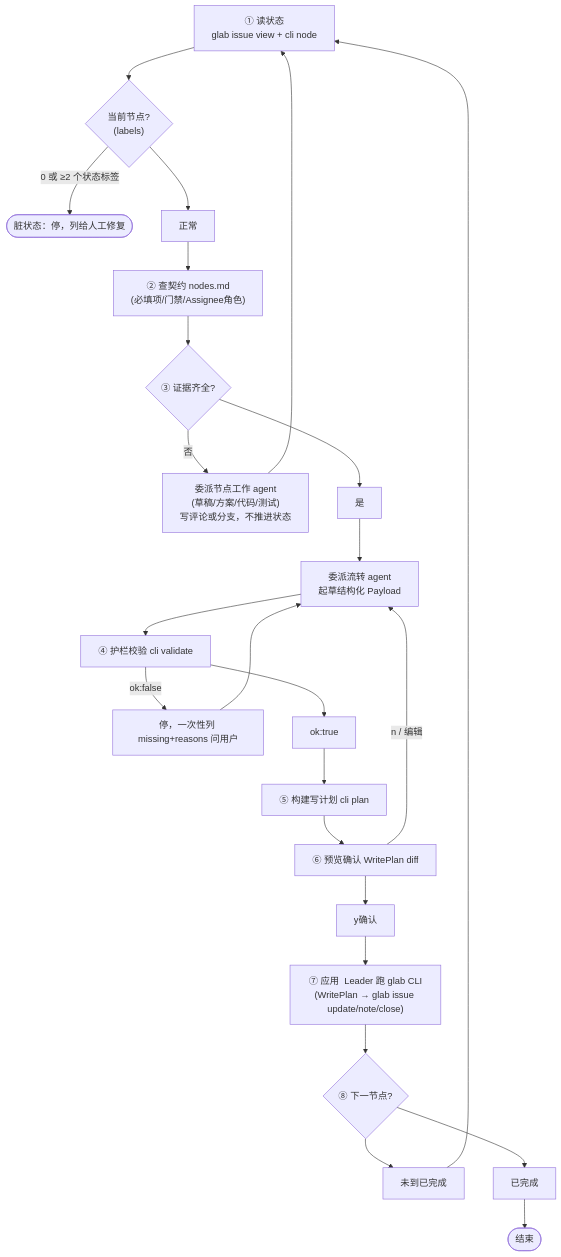
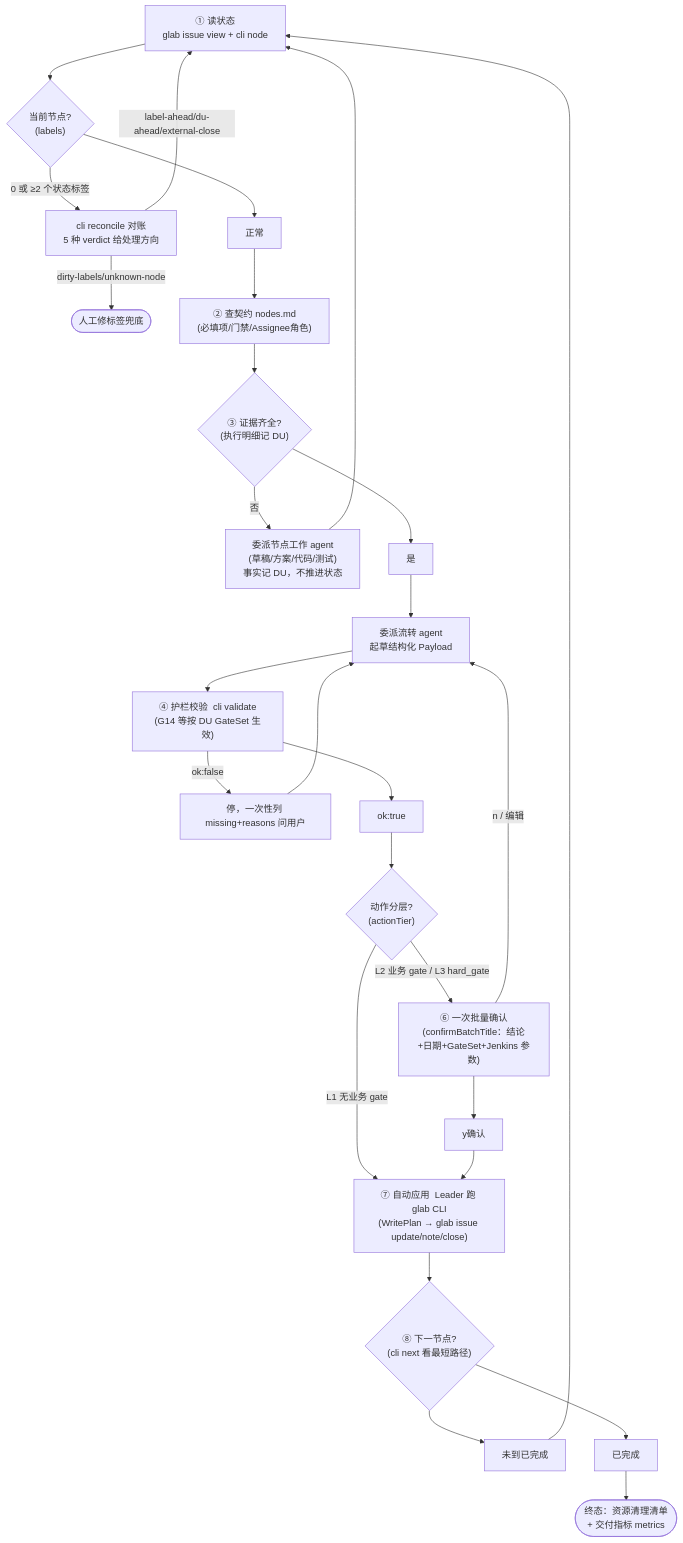
The second of 3 diagrams in docs/flow.md (jinx911/glab-flow), drawn with Mermaid before and after one commit. The commit also changed other lines of this file and 7 other files, not shown here.

Commit message:
docs: glab-flow 文档对齐 DU 核心模型（动作分层/GateSet/对账/清理/指标）

````diff
--- a/docs/flow.md
+++ b/docs/flow.md
@@ -53,20 +54,23 @@
 ```mermaid
 flowchart TD
     A["① 读状态<br/>glab issue view + cli node"] --> B{"当前节点?<br/>(labels)"}
-    B -->|"0 或 ≥2 个状态标签"| DIRTY(["脏状态：停，列给人工修复"])
+    B -->|"0 或 ≥2 个状态标签"| REC["cli reconcile 对账<br/>5 种 verdict 给处理方向"]
+    REC -->|"dirty-labels/unknown-node"| DIRTY(["人工修标签兜底"])
+    REC -->|"label-ahead/du-ahead/external-close"| A
     B --> 正常 --> C["② 查契约 nodes.md<br/>(必填项/门禁/Assignee角色)"]
-    C --> D{"③ 证据齐全?"}
-    D -->|"否"| WORK["委派节点工作 agent<br/>(草稿/方案/代码/测试)<br/>写评论或分支，不推进状态"]
+    C --> D{"③ 证据齐全?<br/>(执行明细记 DU)"}
+    D -->|"否"| WORK["委派节点工作 agent<br/>(草稿/方案/代码/测试)<br/>事实记 DU，不推进状态"]
     WORK --> A
     D --> 是 --> PAYLOAD["委派流转 agent<br/>起草结构化 Payload"]
-    PAYLOAD --> VAL["④ 护栏校验  cli validate"]
+    PAYLOAD --> VAL["④ 护栏校验  cli validate<br/>(G14 等按 DU GateSet 生效)"]
     VAL -->|"ok:false"| ASK["停，一次性列 missing+reasons 问用户"]
     ASK --> PAYLOAD
-    VAL --> ok:true --> PLAN["⑤ 构建写计划  cli plan"]
-    PLAN --> PREV["⑥ 预览确认  WritePlan diff"]
+    VAL --> ok:true --> TIER{"动作分层?<br/>(actionTier)"}
+    TIER -->|"L1 无业务 gate"| APP["⑦ 自动应用  Leader 跑 glab CLI<br/>(WritePlan → glab issue update/note/close)"]
+    TIER -->|"L2 业务 gate / L3 hard_gate"| PREV["⑥ 一次批量确认<br/>(confirmBatchTitle：结论+日期+GateSet+Jenkins 参数)"]
     PREV -->|"n / 编辑"| PAYLOAD
-    PREV --> y确认 --> APP["⑦ 应用  Leader 跑 glab CLI<br/>(WritePlan → glab issue update/note/close)"]
-    APP --> NEXT{"⑧ 下一节点?"}
+    PREV --> y确认 --> APP
+    APP --> NEXT{"⑧ 下一节点?<br/>(cli next 看最短路径)"}
     NEXT --> 未到已完成 --> A
-    NEXT --> 已完成 --> DONE(["结束"])
+    NEXT --> 已完成 --> DONE(["终态：资源清理清单<br/>+ 交付指标 metrics"])
 ```
````
